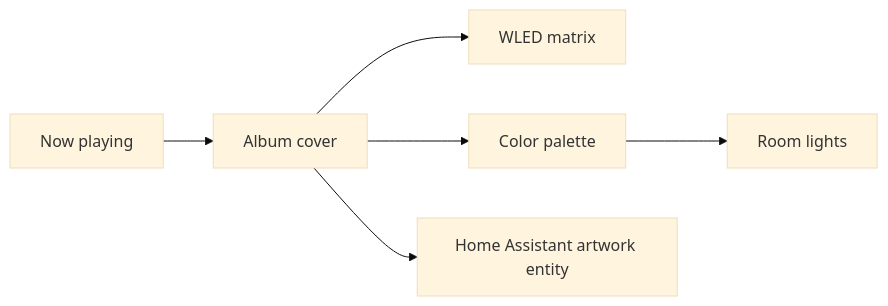
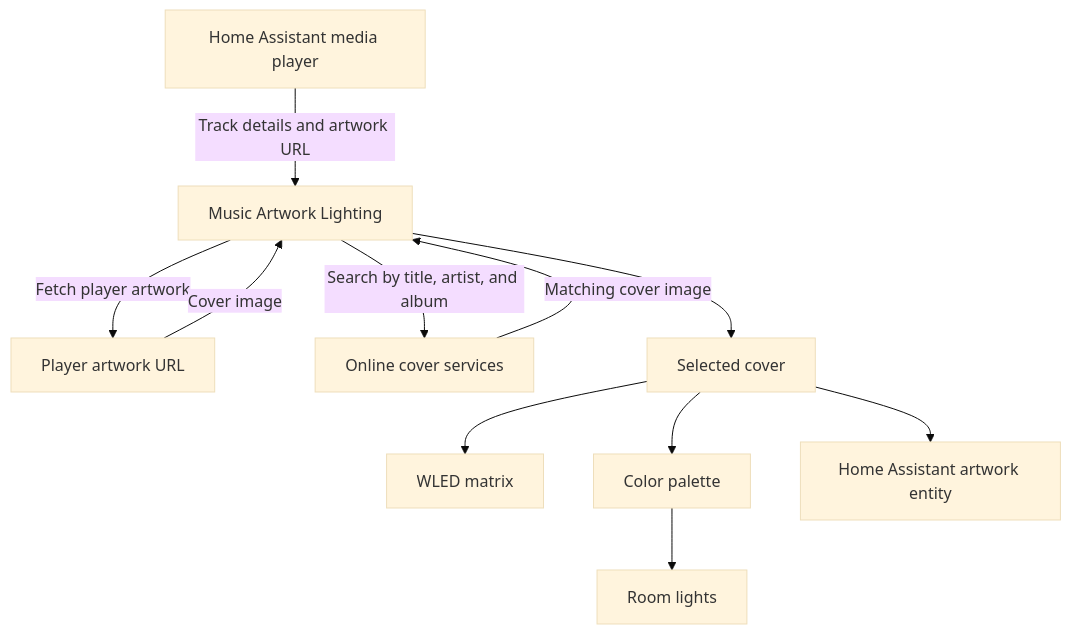
The diagram in README.md (vibribbonee/wled-album-art), drawn with Mermaid (base theme) before and after one commit. The commit also changed other lines of this file and 1 other file, not shown here.

Commit message:
Show artwork sources and lookups in the README diagram

````diff
--- a/README.md
+++ b/README.md
@@ -16,7 +18,12 @@
 ```mermaid
-flowchart LR
-    M[Now playing] --> A[Album cover]
-    A --> W[WLED matrix]
-    A --> P[Color palette] --> L[Room lights]
-    A --> H[Home Assistant artwork entity]
+flowchart TD
+    M[Home Assistant media player] -->|Track details and artwork URL| A[Music Artwork Lighting]
+    A -->|Fetch player artwork| U[Player artwork URL]
+    U -->|Cover image| A
+    A -->|Search by title, artist, and album| S[Online cover services]
+    S -->|Matching cover image| A
+    A --> C[Selected cover]
+    C --> W[WLED matrix]
+    C --> P[Color palette] --> L[Room lights]
+    C --> H[Home Assistant artwork entity]
 ```
````
